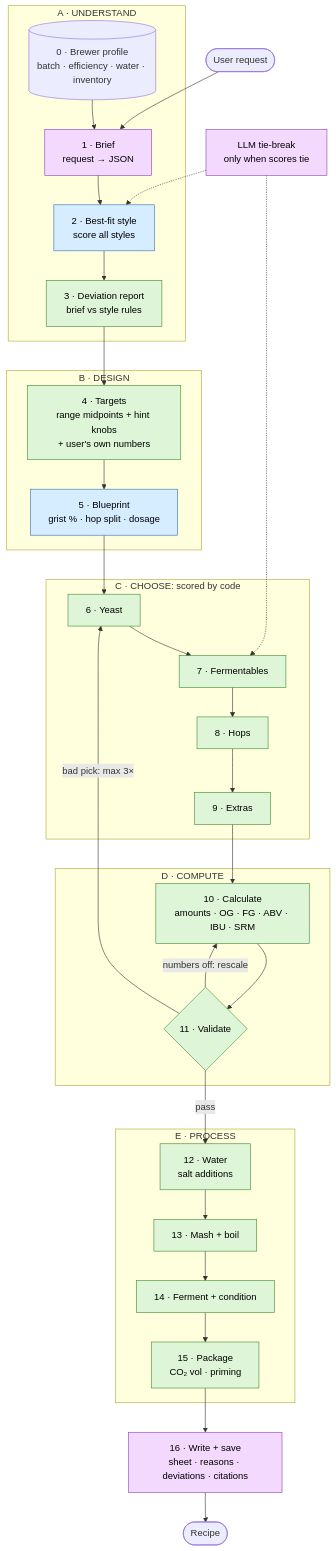
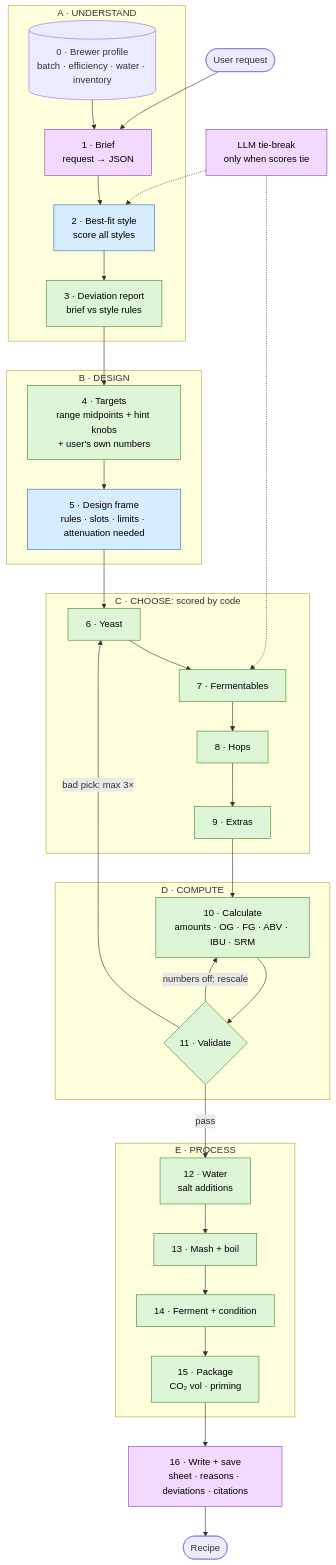
Before and after one commit to badacsonyigorenyember/homebrew_ai: the second of 4 diagrams in docs/RECIPE-ROADMAP.md, drawn with Mermaid. The commit also changed other lines of this file and 4 other files, not shown here.

````diff
--- a/docs/RECIPE-ROADMAP.md
+++ b/docs/RECIPE-ROADMAP.md
@@ -81,42 +81,42 @@
 ```mermaid
 flowchart TD
     U([User request]) --> S1
     subgraph stA["A · UNDERSTAND"]
       S0[("0 · Brewer profile<br/>batch · efficiency · water · inventory")]
       S1["1 · Brief<br/>request → JSON"]:::llm
       S2["2 · Best-fit style<br/>score all styles"]:::sql
       S3["3 · Deviation report<br/>brief vs style rules"]:::code
     end
     subgraph stB["B · DESIGN"]
       S4["4 · Targets<br/>range midpoints + hint knobs<br/>+ user's own numbers"]:::code
-      S5["5 · Blueprint<br/>grist % · hop split · dosage"]:::sql
+      S5["5 · Design frame<br/>rules · slots · limits · attenuation needed"]:::sql
     end
     subgraph stC["C · CHOOSE: scored by code"]
       S6["6 · Yeast"]:::code
       S7["7 · Fermentables"]:::code
       S8["8 · Hops"]:::code
       S9["9 · Extras"]:::code
     end
     subgraph stD["D · COMPUTE"]
       S10["10 · Calculate<br/>amounts · OG · FG · ABV · IBU · SRM"]:::code
       S11{"11 · Validate"}:::code
     end
     subgraph stE["E · PROCESS"]
       S12["12 · Water<br/>salt additions"]:::code
       S13["13 · Mash + boil"]:::code
       S14["14 · Ferment + condition"]:::code
       S15["15 · Package<br/>CO₂ vol · priming"]:::code
     end
     S0 --> S1
     S1 --> S2 --> S3 --> S4 --> S5 --> S6 --> S7 --> S8 --> S9 --> S10 --> S11
     S11 -- "numbers off: rescale" --> S10
     S11 -- "bad pick: max 3×" --> S6
     S11 -- pass --> S12 --> S13 --> S14 --> S15 --> S16
     S16["16 · Write + save<br/>sheet · reasons · deviations · citations"]:::llm --> R([Recipe])
     T["LLM tie-break<br/>only when scores tie"]:::llm -.-> S2
     T -.-> S7
 
     classDef llm fill:#f4d9ff,stroke:#8a3fb5,color:#000
     classDef sql fill:#d6ecff,stroke:#2f6fb0,color:#000
     classDef code fill:#dff5d8,stroke:#3c8a2e,color:#000
 ```
````
